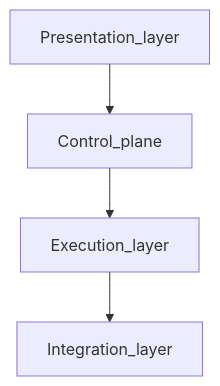
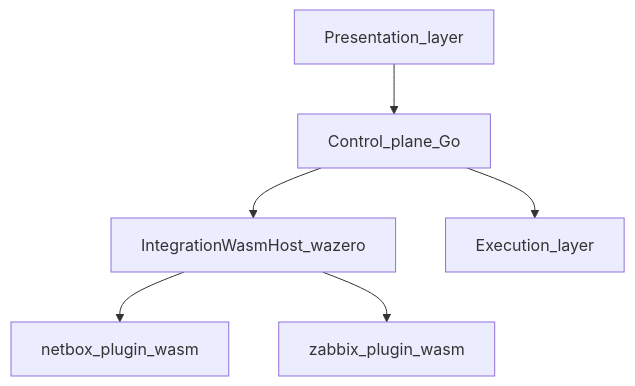
One commit to kennetholsenatm-gif/OmniGraph changed the diagram in docs/core-concepts/architecture.md. Above: the diagram before and after it, drawn with Mermaid. The commit also changed other lines of this file and 28 other files, not shown here.

First line of the commit message:
feat(runner): WASM integration micro-containers (NetBox, Zabbix)

````diff
--- a/docs/core-concepts/architecture.md
+++ b/docs/core-concepts/architecture.md
@@ -15,10 +14,14 @@
 ```mermaid
 flowchart TB
   presentation[Presentation_layer]
-  control_plane[Control_plane]
+  control_plane[Control_plane_Go]
+  integration_host[IntegrationWasmHost_wazero]
+  wasm_netbox[netbox_plugin_wasm]
+  wasm_zabbix[zabbix_plugin_wasm]
   execution_layer[Execution_layer]
-  integration_layer[Integration_layer]
   presentation --> control_plane
   control_plane --> execution_layer
-  execution_layer --> integration_layer
+  control_plane --> integration_host
+  integration_host --> wasm_netbox
+  integration_host --> wasm_zabbix
 ```
````
